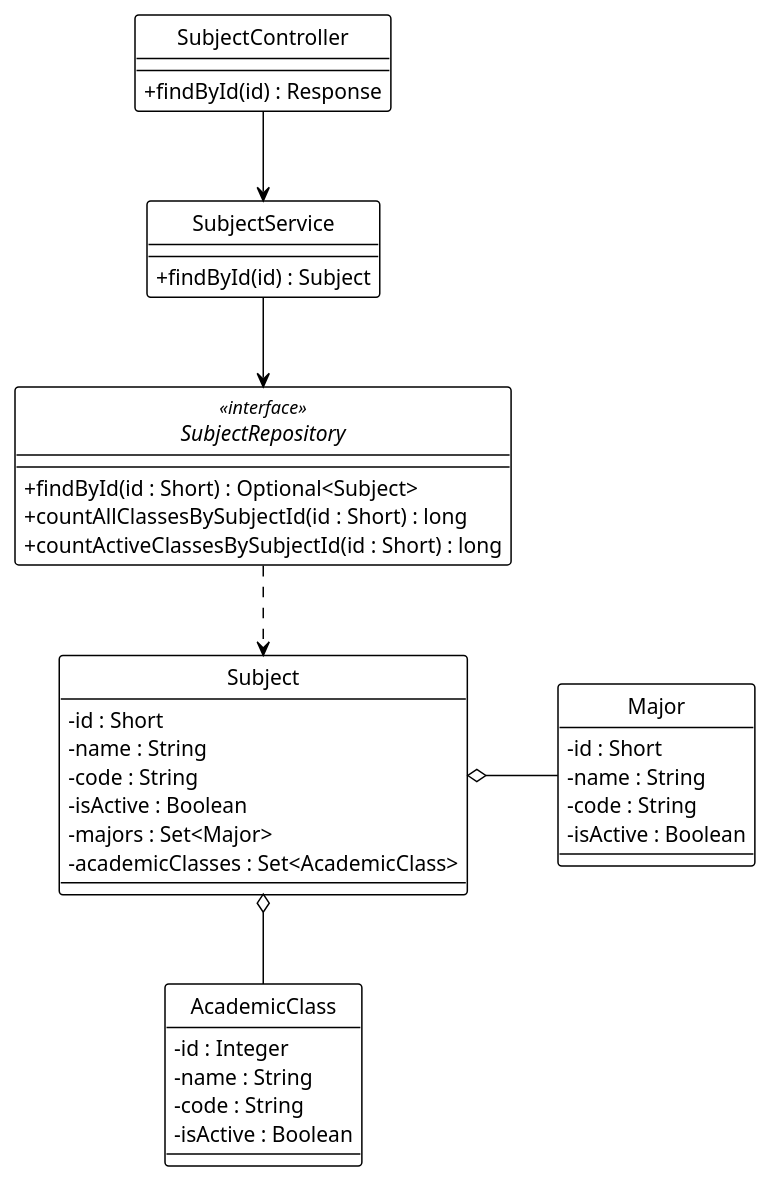
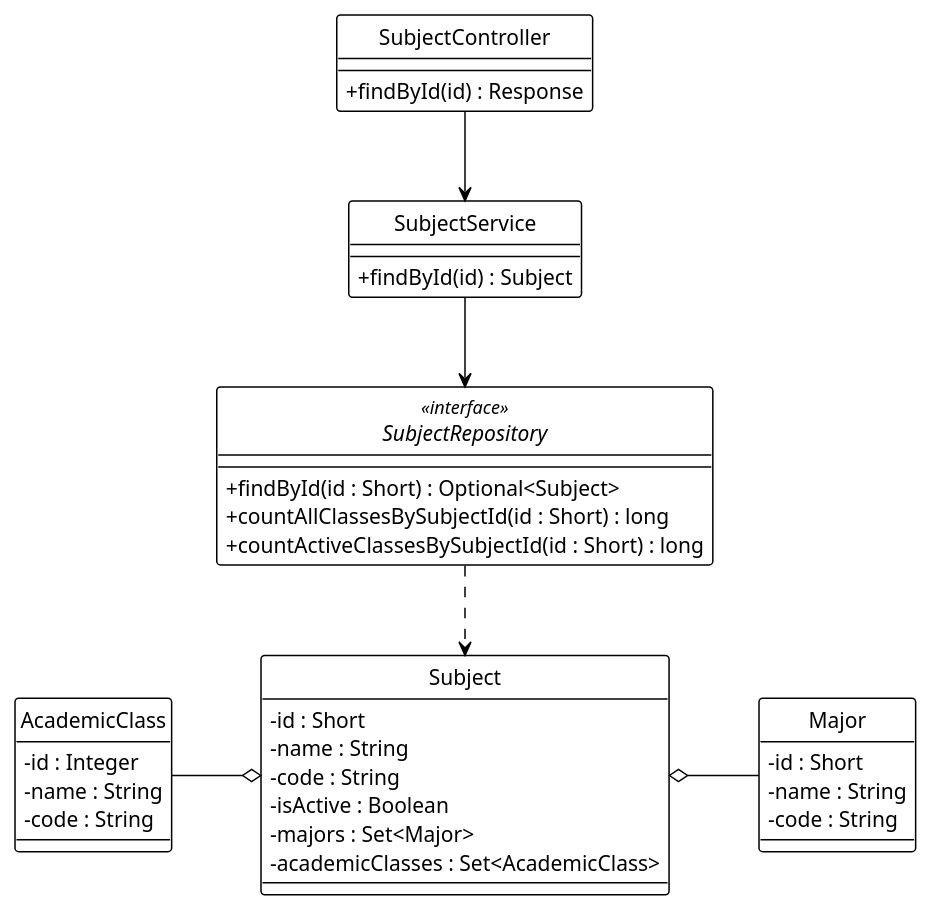
One commit to Ndh474/context changed the diagram in system_detailed_design/18_view_subject_details/class_diagram_view_subject_details.puml. Above: the diagram before and after it, drawn with PlantUML. The commit also changed 23 other files, not shown here.

```diff
--- a/system_detailed_design/18_view_subject_details/class_diagram_view_subject_details.puml
+++ b/system_detailed_design/18_view_subject_details/class_diagram_view_subject_details.puml
@@ -1,63 +1,61 @@
 @startuml view_subject_details
 !theme plain
 hide circle
 skinparam classAttributeIconSize 0
 
 ' --- CẤU HÌNH "ORTHO" (BẮT BUỘC) ---
 skinparam linetype ortho
 skinparam nodesep 60
 skinparam ranksep 60
 
 ' --- CONTROLLER ---
 class SubjectController {
   + findById(id) : Response
 }
 
 ' --- SERVICE ---
 class SubjectService {
   + findById(id) : Subject
 }
 
 ' --- REPOSITORY ---
 interface SubjectRepository <<interface>> {
   + findById(id : Short) : Optional<Subject>
   + countAllClassesBySubjectId(id : Short) : long
   + countActiveClassesBySubjectId(id : Short) : long
 }
 
 ' --- ENTITIES ---
 class Subject {
   - id : Short
   - name : String
   - code : String
   - isActive : Boolean
   - majors : Set<Major>
   - academicClasses : Set<AcademicClass>
 }
 
 class Major {
   - id : Short
   - name : String
   - code : String
-  - isActive : Boolean
 }
 
 class AcademicClass {
   - id : Integer
   - name : String
   - code : String
-  - isActive : Boolean
 }
 
 ' --- DEPENDENCY INJECTION (Association) ---
 SubjectController -down-> SubjectService
 SubjectService -down-> SubjectRepository
 
 ' --- REPOSITORY USAGE (Dependency) ---
 SubjectRepository .down.> Subject
 
 ' --- ENTITY RELATIONSHIPS (Aggregation) ---
 Subject o-right- Major
-Subject o-down- AcademicClass
+Subject o-left- AcademicClass
 
 @enduml
```
